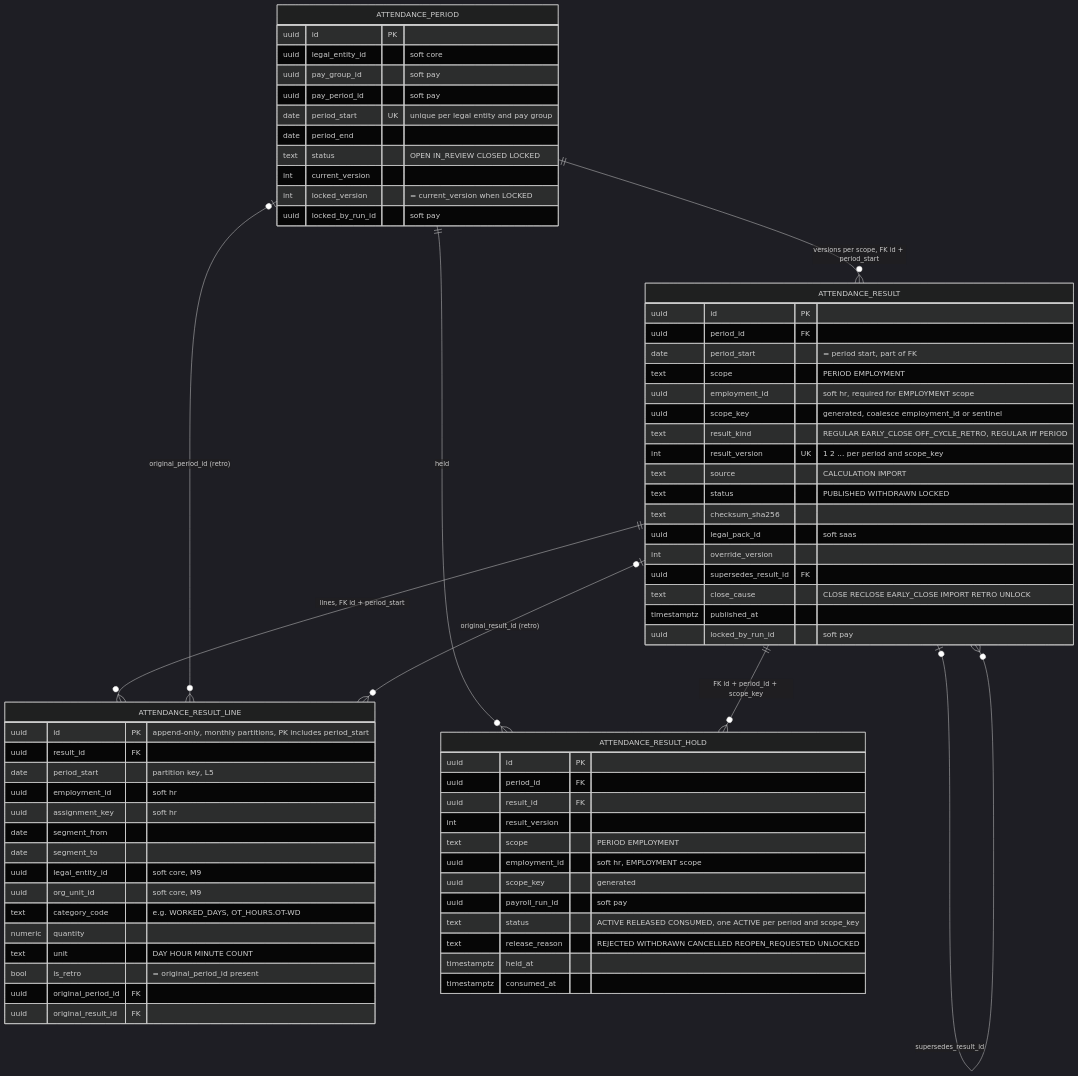
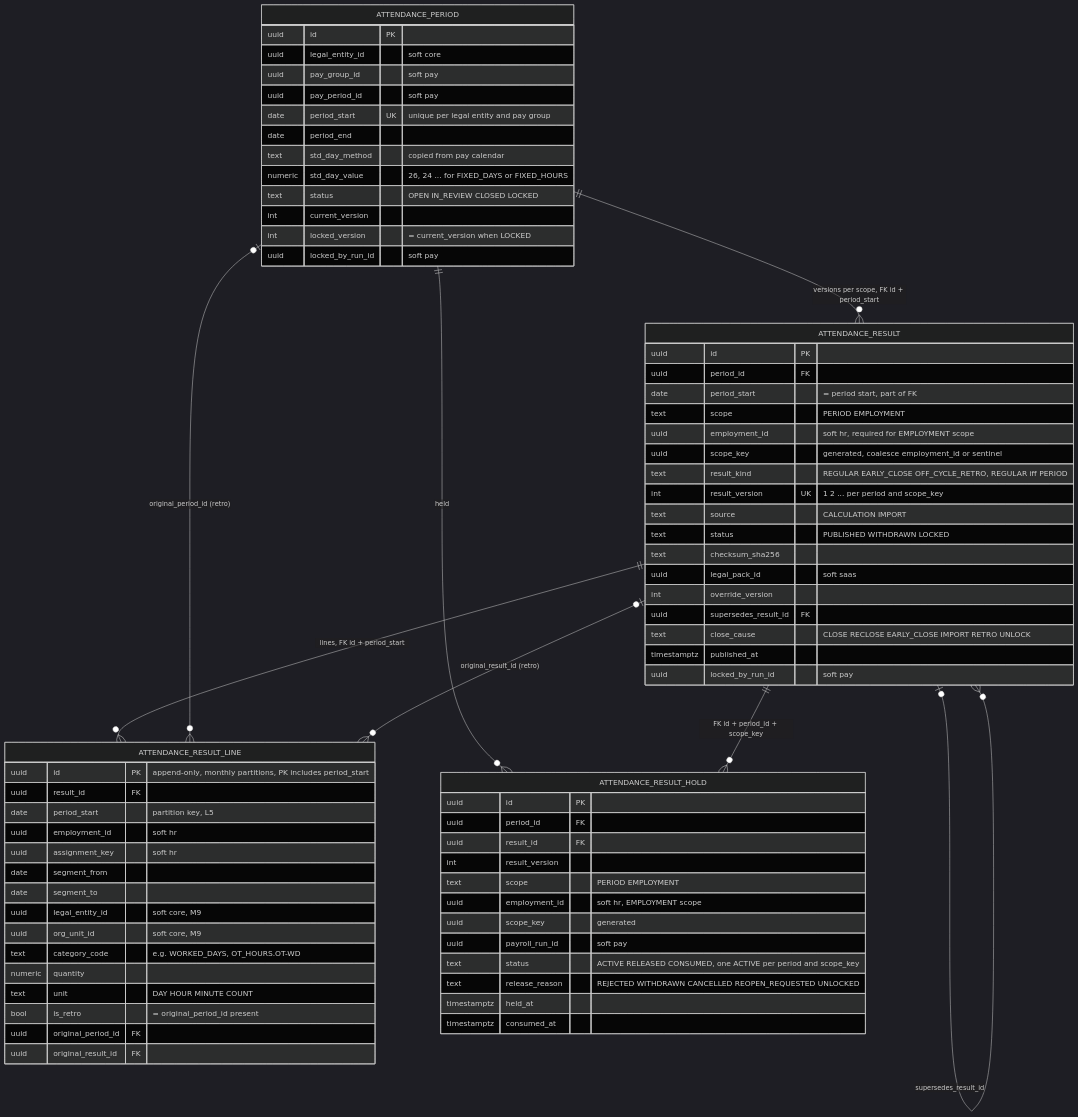
One commit to triluu-gms/YourHRM changed diagram 15 of 24 in database/postgresql/DESIGN.md. Above: the diagram before and after it, drawn with Mermaid (dark theme). The commit also changed other lines of this file and 196 other files, not shown here.

````diff
--- a/database/postgresql/DESIGN.md
+++ b/database/postgresql/DESIGN.md
@@ -1920,72 +1920,74 @@
 ```mermaid
 erDiagram
   ATTENDANCE_PERIOD ||--o{ ATTENDANCE_RESULT : "versions per scope, FK id + period_start"
   ATTENDANCE_RESULT |o--o{ ATTENDANCE_RESULT : "supersedes_result_id"
   ATTENDANCE_RESULT ||--o{ ATTENDANCE_RESULT_LINE : "lines, FK id + period_start"
   ATTENDANCE_PERIOD |o--o{ ATTENDANCE_RESULT_LINE : "original_period_id (retro)"
   ATTENDANCE_RESULT |o--o{ ATTENDANCE_RESULT_LINE : "original_result_id (retro)"
   ATTENDANCE_PERIOD ||--o{ ATTENDANCE_RESULT_HOLD : "held"
   ATTENDANCE_RESULT ||--o{ ATTENDANCE_RESULT_HOLD : "FK id + period_id + scope_key"
   ATTENDANCE_PERIOD {
     uuid id PK
     uuid legal_entity_id "soft core"
     uuid pay_group_id "soft pay"
     uuid pay_period_id "soft pay"
     date period_start UK "unique per legal entity and pay group"
     date period_end
+    text std_day_method "copied from pay calendar"
+    numeric std_day_value "26, 24 ... for FIXED_DAYS or FIXED_HOURS"
     text status "OPEN IN_REVIEW CLOSED LOCKED"
     int current_version
     int locked_version "= current_version when LOCKED"
     uuid locked_by_run_id "soft pay"
   }
   ATTENDANCE_RESULT {
     uuid id PK
     uuid period_id FK
     date period_start "= period start, part of FK"
     text scope "PERIOD EMPLOYMENT"
     uuid employment_id "soft hr, required for EMPLOYMENT scope"
     uuid scope_key "generated, coalesce employment_id or sentinel"
     text result_kind "REGULAR EARLY_CLOSE OFF_CYCLE_RETRO, REGULAR iff PERIOD"
     int result_version UK "1 2 ... per period and scope_key"
     text source "CALCULATION IMPORT"
     text status "PUBLISHED WITHDRAWN LOCKED"
     text checksum_sha256
     uuid legal_pack_id "soft saas"
     int override_version
     uuid supersedes_result_id FK
     text close_cause "CLOSE RECLOSE EARLY_CLOSE IMPORT RETRO UNLOCK"
     timestamptz published_at
     uuid locked_by_run_id "soft pay"
   }
   ATTENDANCE_RESULT_LINE {
     uuid id PK "append-only, monthly partitions, PK includes period_start"
     uuid result_id FK
     date period_start "partition key, L5"
     uuid employment_id "soft hr"
     uuid assignment_key "soft hr"
     date segment_from
     date segment_to
     uuid legal_entity_id "soft core, M9"
     uuid org_unit_id "soft core, M9"
     text category_code "e.g. WORKED_DAYS, OT_HOURS.OT-WD"
     numeric quantity
     text unit "DAY HOUR MINUTE COUNT"
     bool is_retro "= original_period_id present"
     uuid original_period_id FK
     uuid original_result_id FK
   }
   ATTENDANCE_RESULT_HOLD {
     uuid id PK
     uuid period_id FK
     uuid result_id FK
     int result_version
     text scope "PERIOD EMPLOYMENT"
     uuid employment_id "soft hr, EMPLOYMENT scope"
     uuid scope_key "generated"
     uuid payroll_run_id "soft pay"
     text status "ACTIVE RELEASED CONSUMED, one ACTIVE per period and scope_key"
     text release_reason "REJECTED WITHDRAWN CANCELLED REOPEN_REQUESTED UNLOCKED"
     timestamptz held_at
     timestamptz consumed_at
   }
 ```
````
